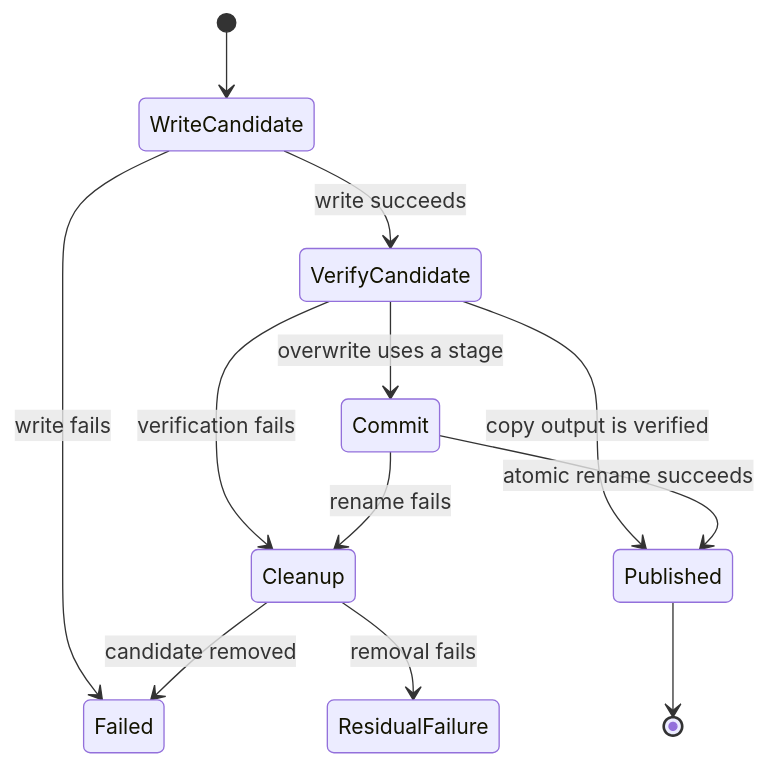
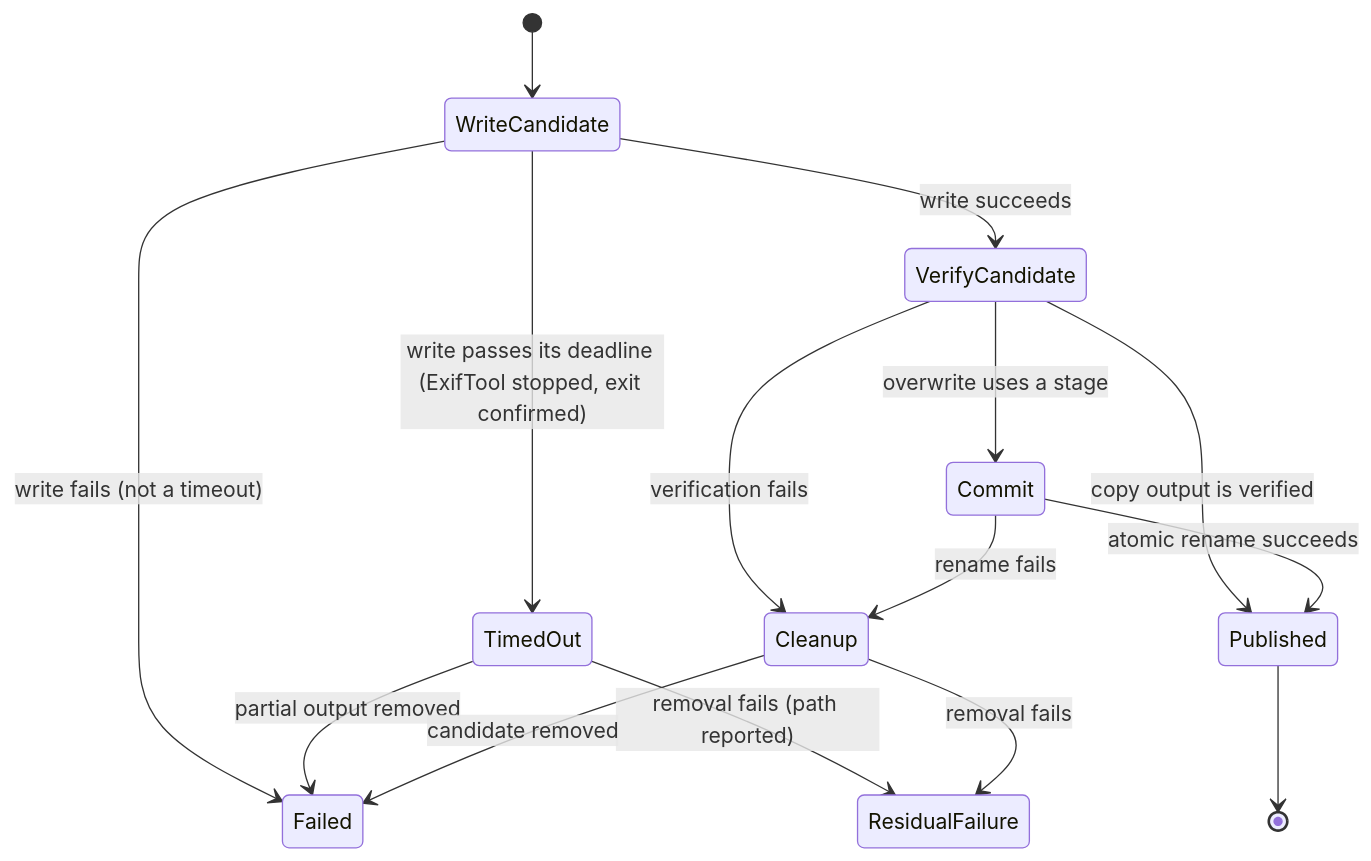
Before and after one commit to szTheory/exifcleaner: the diagram in docs/subsystems/file-processing.md, drawn with Mermaid. The commit also changed other lines of this file and 117 other files, not shown here.

````diff
--- a/docs/subsystems/file-processing.md
+++ b/docs/subsystems/file-processing.md
@@ -14,14 +14,17 @@
 ```mermaid
 stateDiagram-v2
     [*] --> WriteCandidate
-    WriteCandidate --> Failed: write fails
+    WriteCandidate --> Failed: write fails (not a timeout)
+    WriteCandidate --> TimedOut: write passes its deadline (ExifTool stopped, exit confirmed)
+    TimedOut --> Failed: partial output removed
+    TimedOut --> ResidualFailure: removal fails (path reported)
     WriteCandidate --> VerifyCandidate: write succeeds
     VerifyCandidate --> Cleanup: verification fails
     VerifyCandidate --> Commit: overwrite uses a stage
     VerifyCandidate --> Published: copy output is verified
     Commit --> Published: atomic rename succeeds
     Commit --> Cleanup: rename fails
     Cleanup --> Failed: candidate removed
     Cleanup --> ResidualFailure: removal fails
     Published --> [*]
 ```
````
